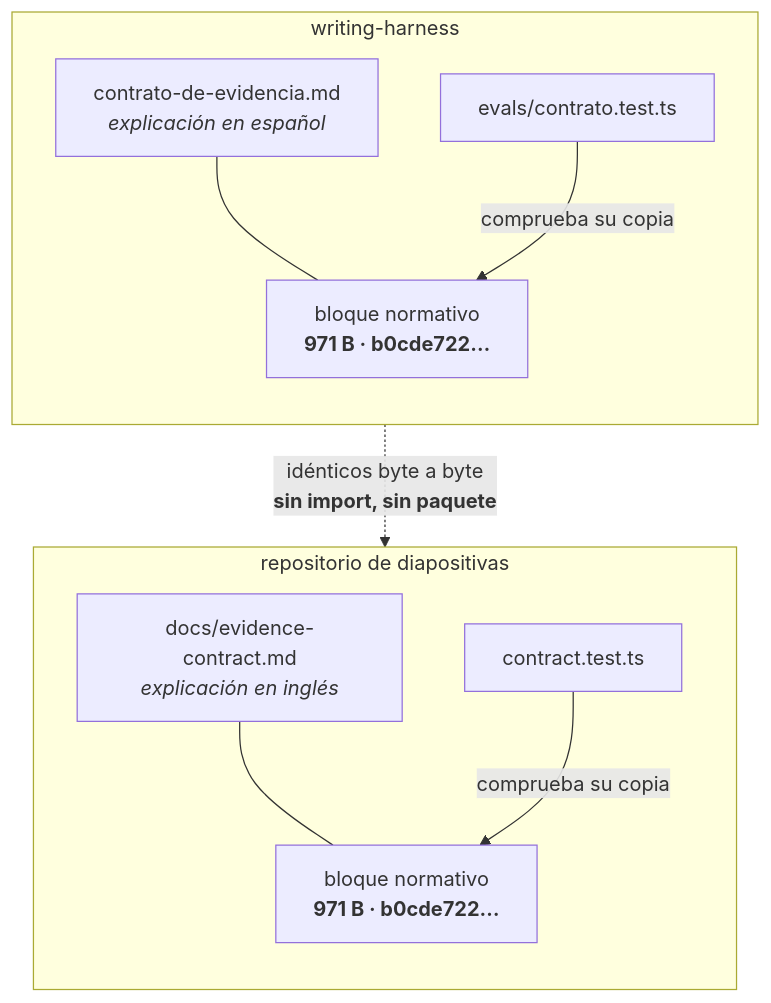
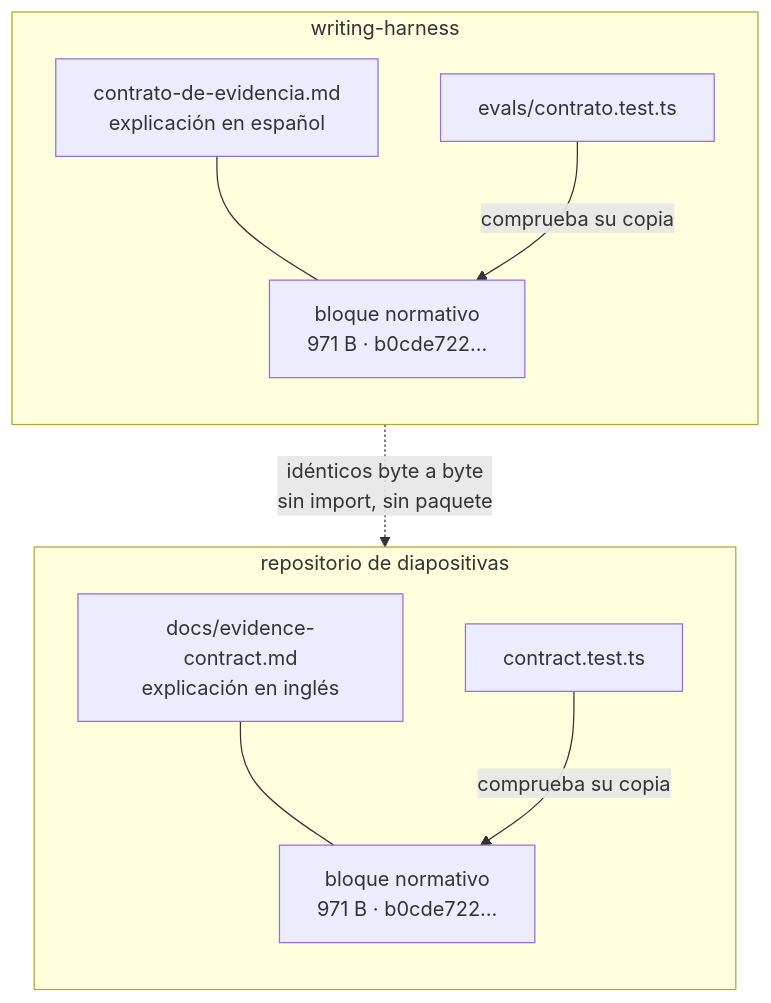
One commit to diegnghtmr/writing-harness changed the fourth of 4 diagrams in README.md. Above: the diagram before and after it, drawn with Mermaid. The commit also changed other lines of this file and 1 other file, not shown here.

First line of the commit message:
docs: diagramas que renderizan de verdad, y uno mas en AGENTS.md

````diff
--- a/README.md
+++ b/README.md
@@ -215,22 +215,22 @@
 ```mermaid
 flowchart TB
     subgraph WH["writing-harness"]
         direction TB
-        A["contrato-de-evidencia.md<br/><i>explicación en español</i>"]
-        AB["bloque normativo<br/><b>971 B · b0cde722…</b>"]
+        A["contrato-de-evidencia.md<br/>explicación en español"]
+        AB["bloque normativo<br/>971 B · b0cde722…"]
         A --- AB
         AT["evals/contrato.test.ts"]
     end
 
     subgraph OS["repositorio de diapositivas"]
         direction TB
-        B["docs/evidence-contract.md<br/><i>explicación en inglés</i>"]
-        BB["bloque normativo<br/><b>971 B · b0cde722…</b>"]
+        B["docs/evidence-contract.md<br/>explicación en inglés"]
+        BB["bloque normativo<br/>971 B · b0cde722…"]
         B --- BB
         BT["contract.test.ts"]
     end
 
-    AB -.->|"idénticos byte a byte<br/><b>sin import, sin paquete</b>"| BB
+    AB -.->|"idénticos byte a byte<br/>sin import, sin paquete"| BB
     AT -->|"comprueba su copia"| AB
     BT -->|"comprueba su copia"| BB
 ```
````
